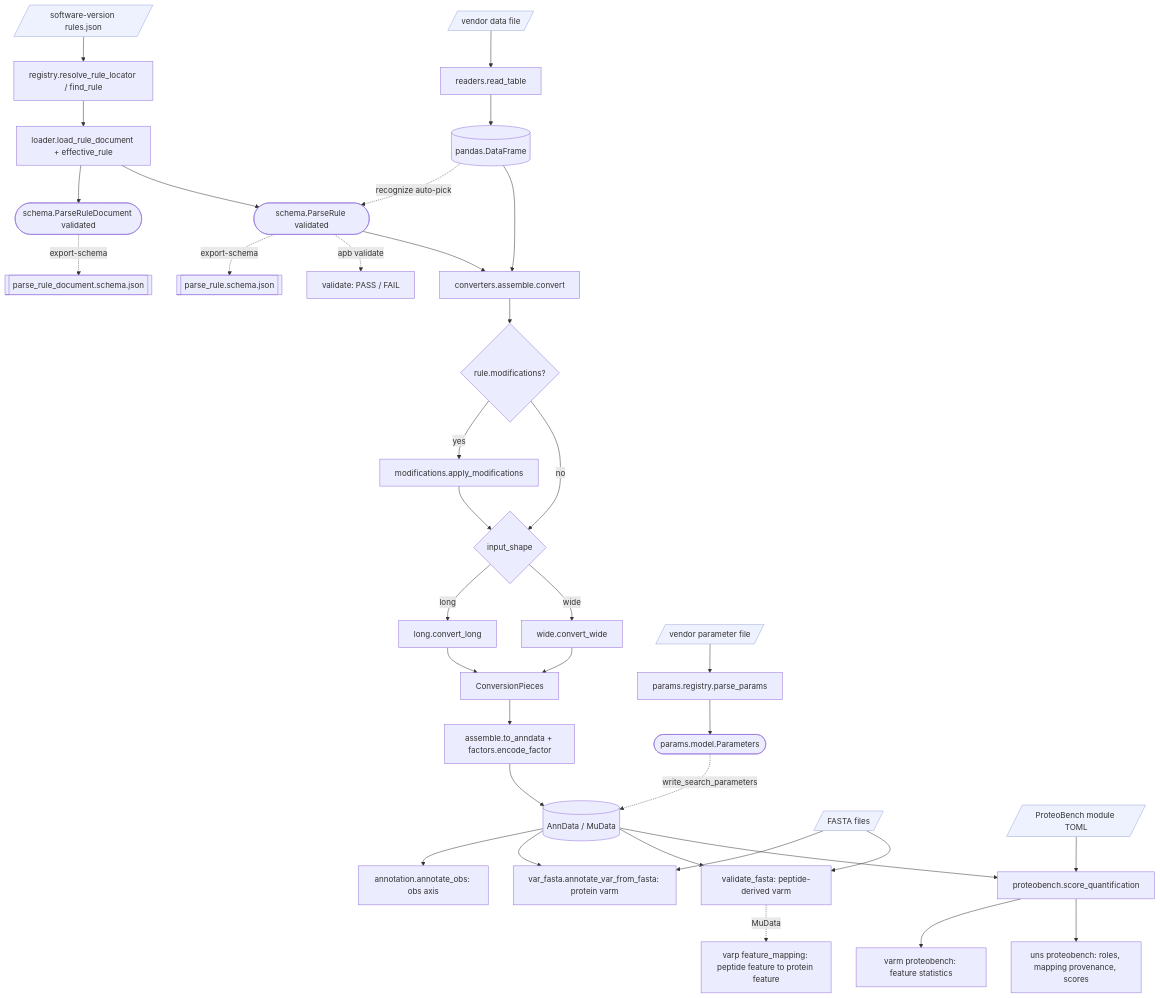
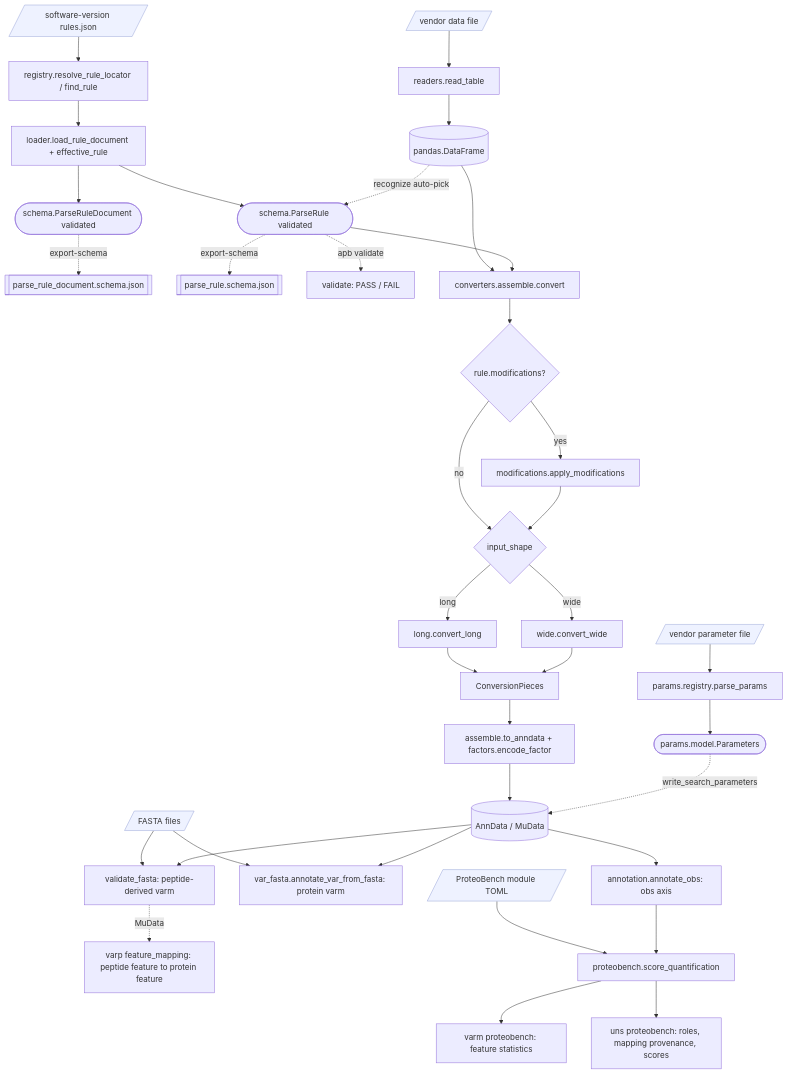
One commit to anndata-omics-bridge/anndata-proteomics-bridge changed the diagram in docs/ARCHITECTURE.md. Above: the diagram before and after it, drawn with Mermaid. The commit also changed other lines of this file and 71 other files, not shown here.

````diff
--- a/docs/ARCHITECTURE.md
+++ b/docs/ARCHITECTURE.md
@@ -14,46 +14,46 @@
 ```mermaid
 flowchart TD
     config[/software-version rules.json/] --> resolve[registry.resolve_rule_locator / find_rule]
     resolve --> load[loader.load_rule_document + effective_rule]
     load --> source([schema.ParseRuleDocument validated])
     load --> rule([schema.ParseRule validated])
     source -. export-schema .-> sourceschema[[parse_rule_document.schema.json]]
     rule -. export-schema .-> schemajson[[parse_rule.schema.json]]
     rule -. apb validate .-> val[validate: PASS / FAIL]
 
     data[/vendor data file/] --> readtable[readers.read_table]
     readtable --> df[(pandas.DataFrame)]
     df -. recognize auto-pick .-> rule
 
     df --> convert[converters.assemble.convert]
     rule --> convert
     convert --> mods{rule.modifications?}
     mods -->|yes| applymods[modifications.apply_modifications]
     mods -->|no| shape{input_shape}
     applymods --> shape
     shape -->|long| long[long.convert_long]
     shape -->|wide| wide[wide.convert_wide]
     long --> pieces[ConversionPieces]
     wide --> pieces
     pieces --> assemble[assemble.to_anndata + factors.encode_factor]
     assemble --> adata[(AnnData / MuData)]
 
     paramfile[/vendor parameter file/] --> parseparams[params.registry.parse_params]
     parseparams --> params([params.model.Parameters])
     params -. write_search_parameters .-> adata
 
     adata --> annobs[annotation.annotate_obs: obs axis]
     fastafile[/FASTA files/] --> annvar[var_fasta.annotate_var_from_fasta: protein varm]
     adata --> annvar
     fastafile --> valfasta[validate_fasta: peptide-derived varm]
     adata --> valfasta
     valfasta -. MuData .-> mulink[varp feature_mapping: peptide feature to protein feature]
 
     moduletoml[/ProteoBench module TOML/] --> pbscore[proteobench.score_quantification]
-    adata --> pbscore
+    annobs --> pbscore
     pbscore --> pbvarm[varm proteobench: feature statistics]
     pbscore --> pbuns[uns proteobench: roles, mapping provenance, scores]
 
     classDef io fill:#eef2ff,stroke:#9aa7d8;
     class config,data,paramfile,fastafile,moduletoml io;
 ```
````
